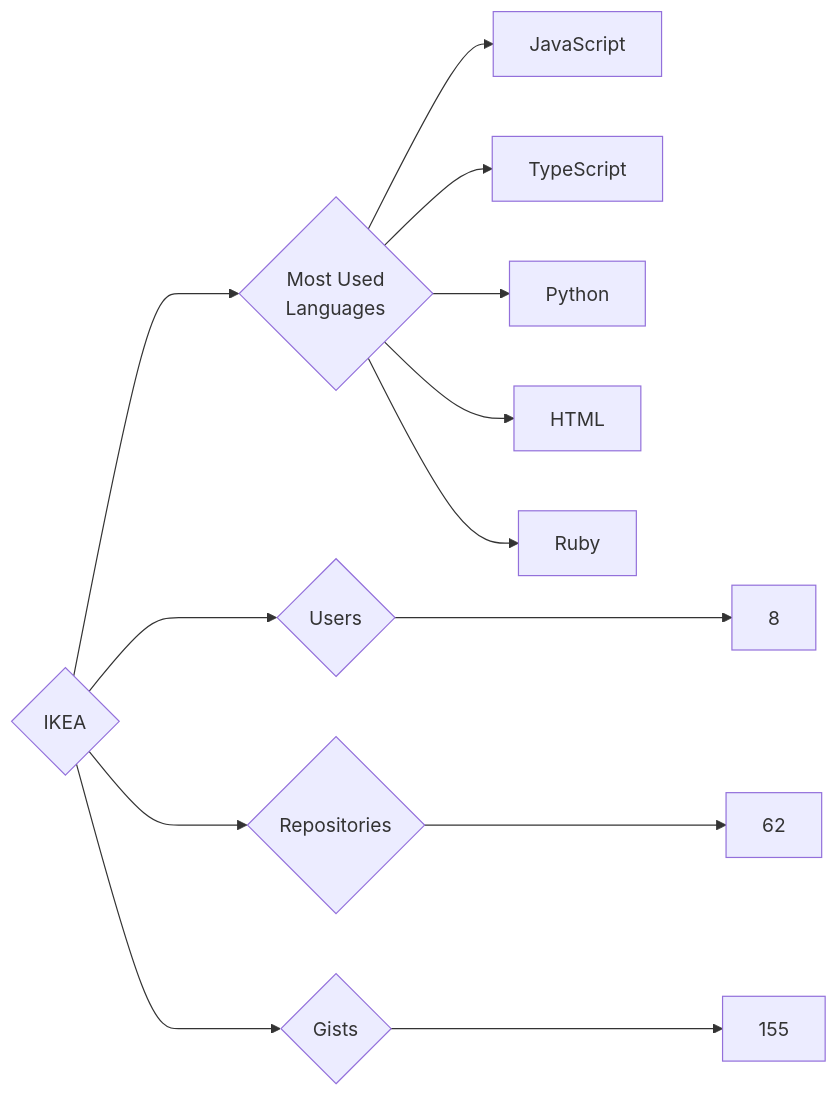
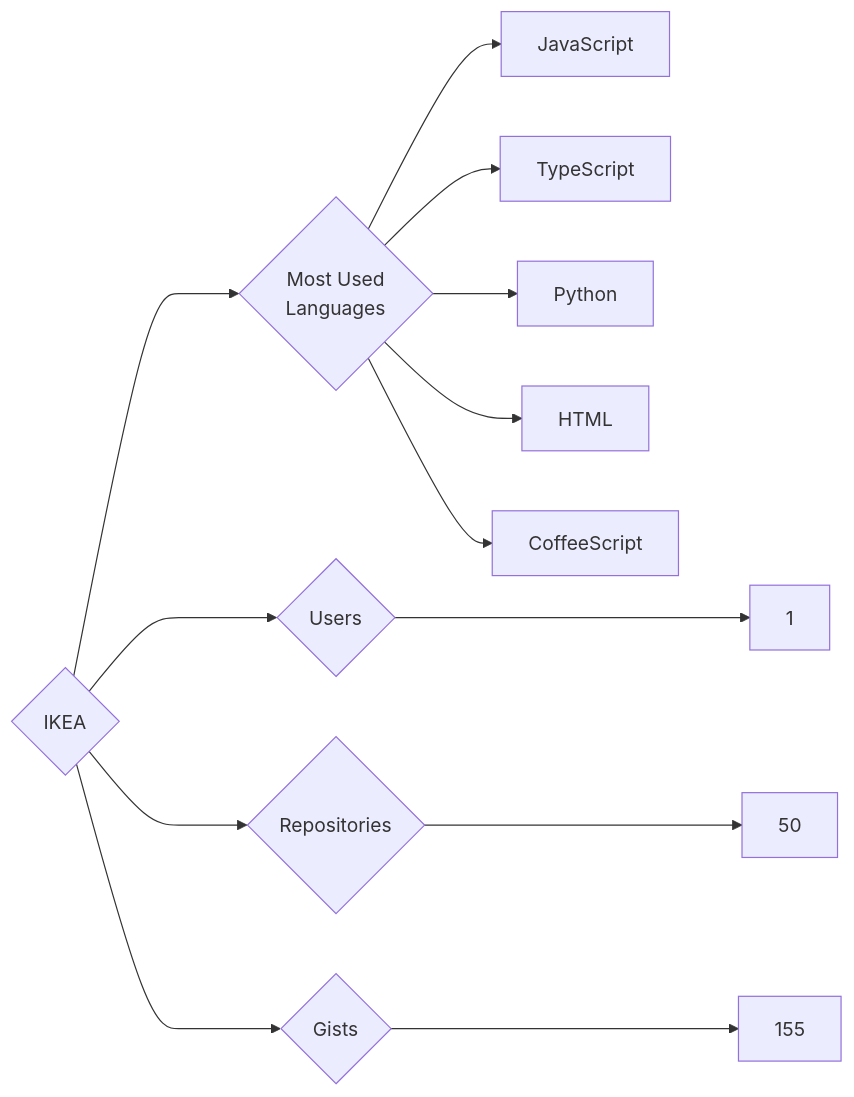
One commit to trickest/insiders changed the diagram in targets/IKEA/README.md. Above: the diagram before and after it, drawn with Mermaid. The commit also changed 874 other files, not shown here.

````diff
--- a/targets/IKEA/README.md
+++ b/targets/IKEA/README.md
@@ -3,13 +3,13 @@
 ```mermaid
 graph LR
 COMPANY_NAME{IKEA}
-COMPANY_NAME ---> U{Users} ---> UN[8]
-COMPANY_NAME ---> R{Repositories} ---> RN[62]
+COMPANY_NAME ---> U{Users} ---> UN[1]
+COMPANY_NAME ---> R{Repositories} ---> RN[50]
 COMPANY_NAME ---> G{Gists} ---> GN[155]
 COMPANY_NAME ---> ML{Most Used<br>Languages}
 ML --> JavaScript[JavaScript]
 ML --> TypeScript[TypeScript]
 ML --> Python[Python]
 ML --> HTML[HTML]
-ML --> Ruby[Ruby]
+ML --> CoffeeScript[CoffeeScript]
 ```
````
